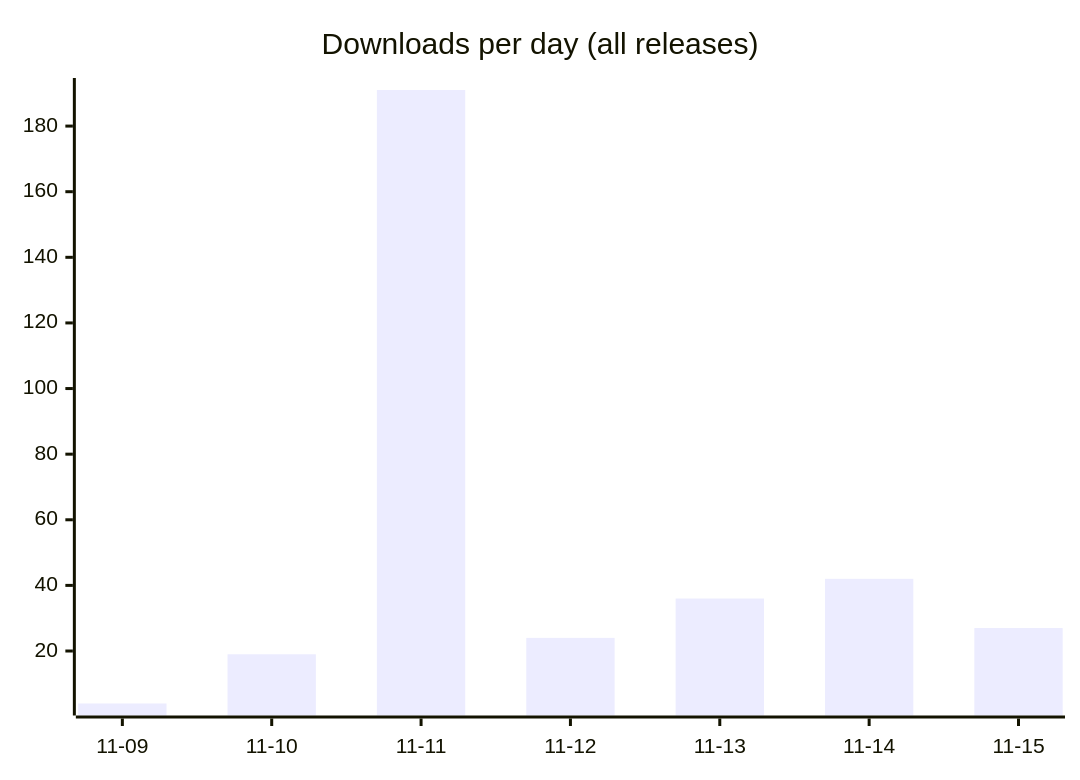
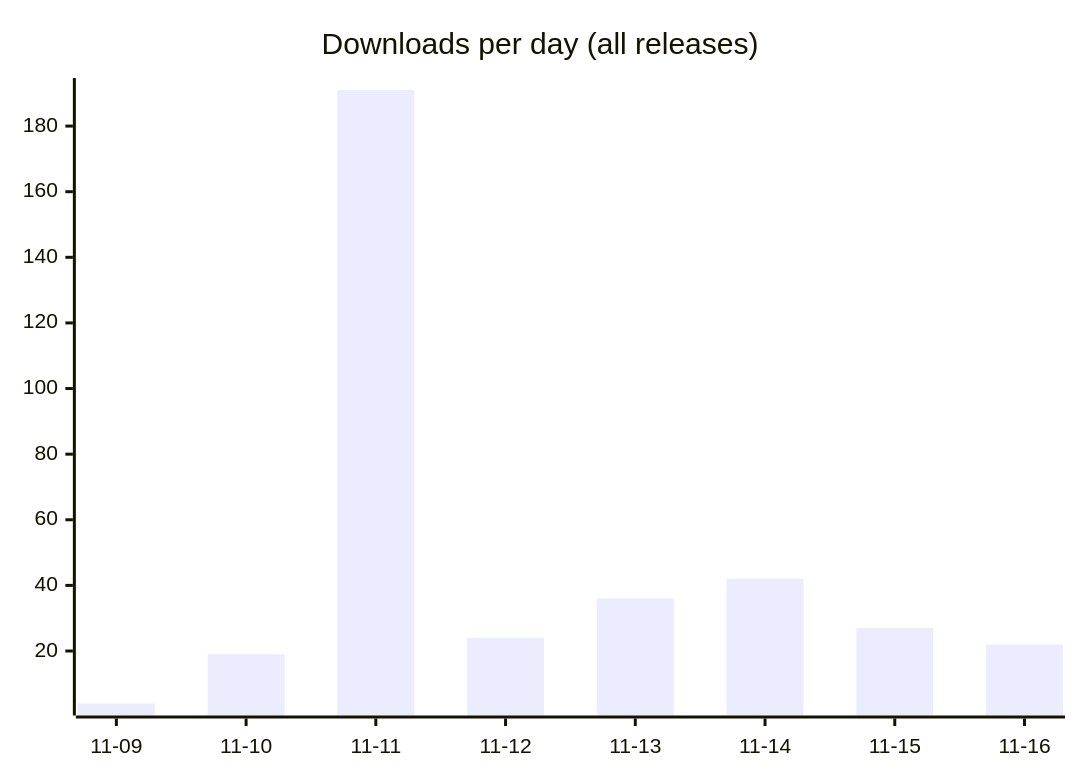
Before and after one commit to fmadore/Live-translation: the first of 2 diagrams in README.md, drawn with Mermaid. The commit also changed other lines of this file and 3 other files, not shown here.

````diff
--- a/README.md
+++ b/README.md
@@ -55,6 +55,6 @@
 ```mermaid
 xychart-beta
     title "Downloads per day (all releases)"
-    x-axis ["11-09", "11-10", "11-11", "11-12", "11-13", "11-14", "11-15"]
-    bar [4, 19, 191, 24, 36, 42, 27]
+    x-axis ["11-09", "11-10", "11-11", "11-12", "11-13", "11-14", "11-15", "11-16"]
+    bar [4, 19, 191, 24, 36, 42, 27, 22]
 ```
````
